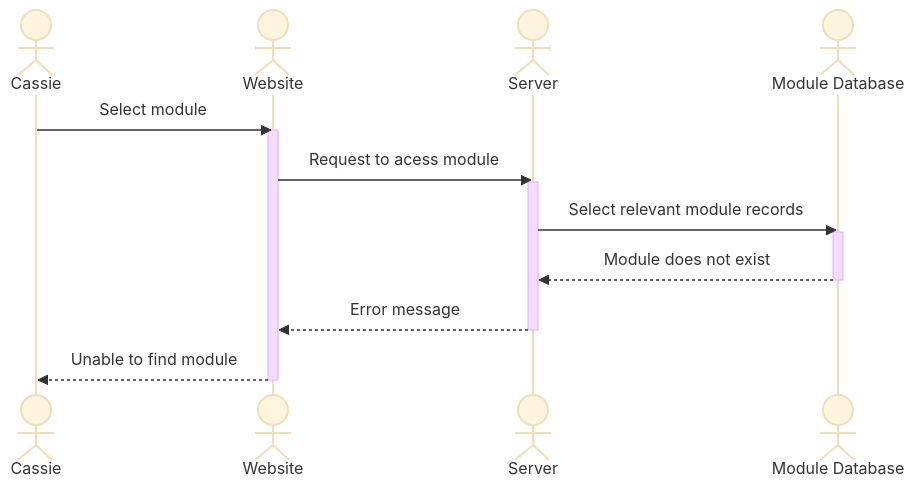
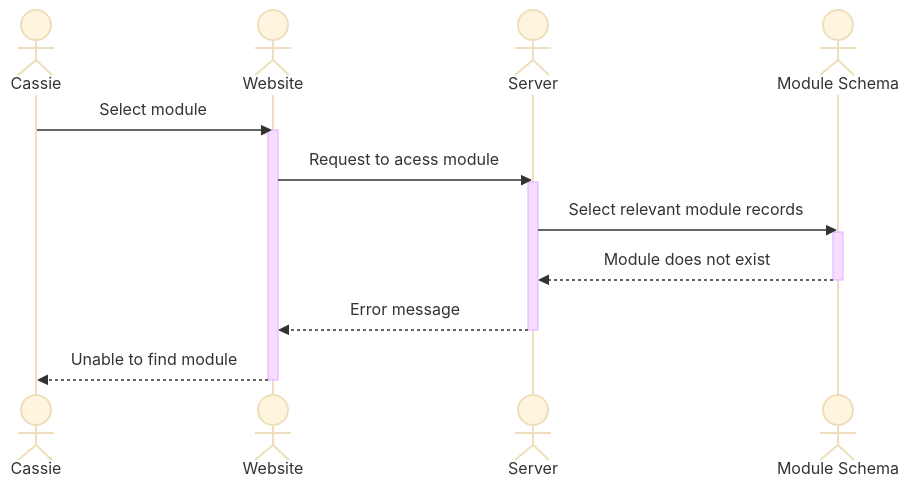
The third of 3 diagrams in Documentation/sequence-diagrams.markdown (Harriet-Crimson/crispy-system), drawn with Mermaid (base theme) before and after one commit. The commit also changed other lines of this file, not shown here.

Commit message:
Database is now Schema

````diff
--- a/Documentation/sequence-diagrams.markdown
+++ b/Documentation/sequence-diagrams.markdown
@@ -91,19 +91,19 @@
 ```mermaid
 sequenceDiagram
   actor Cassie
   actor Website
   actor Server
-  actor Module Database
+  actor Module Schema
   Cassie->>Website: Select module
   activate Website
   Website->>Server: Request to acess module
   activate Server
-  Server->>Module Database: Select relevant module records
-  activate Module Database
-  Module Database-->>Server: Module does not exist
-  deactivate Module Database
+  Server->>Module Schema: Select relevant module records
+  activate Module Schema
+  Module Schema-->>Server: Module does not exist
+  deactivate Module Schema
   Server-->>Website: Error message
   deactivate Server
   Website-->>Cassie: Unable to find module
   deactivate Website
 ```
````
